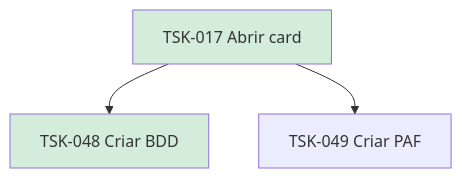
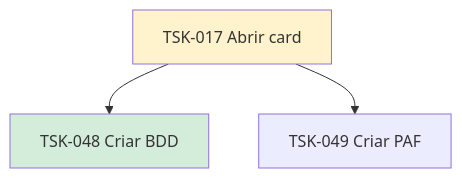
The diagram in flow/tasks/TSK-001-criar-epico/TSK-002-criar-as-historias/TSK-004-board/TSK-017-abrir-card/README.md (laerciogermano/workstation), drawn with Mermaid before and after one commit. The commit also changed other lines of this file and 53 other files, not shown here.

````diff
--- a/flow/tasks/TSK-001-criar-epico/TSK-002-criar-as-historias/TSK-004-board/TSK-017-abrir-card/README.md
+++ b/flow/tasks/TSK-001-criar-epico/TSK-002-criar-as-historias/TSK-004-board/TSK-017-abrir-card/README.md
@@ -12,10 +12,10 @@
 ```mermaid
 flowchart TD
   T017[TSK-017 Abrir card]
   T048[TSK-048 Criar BDD]
   T049[TSK-049 Criar PAF]
   T017 --> T048
   T017 --> T049
-  style T017 fill:#d4edda
+  style T017 fill:#fff3cd
   style T048 fill:#d4edda
 ```
````
